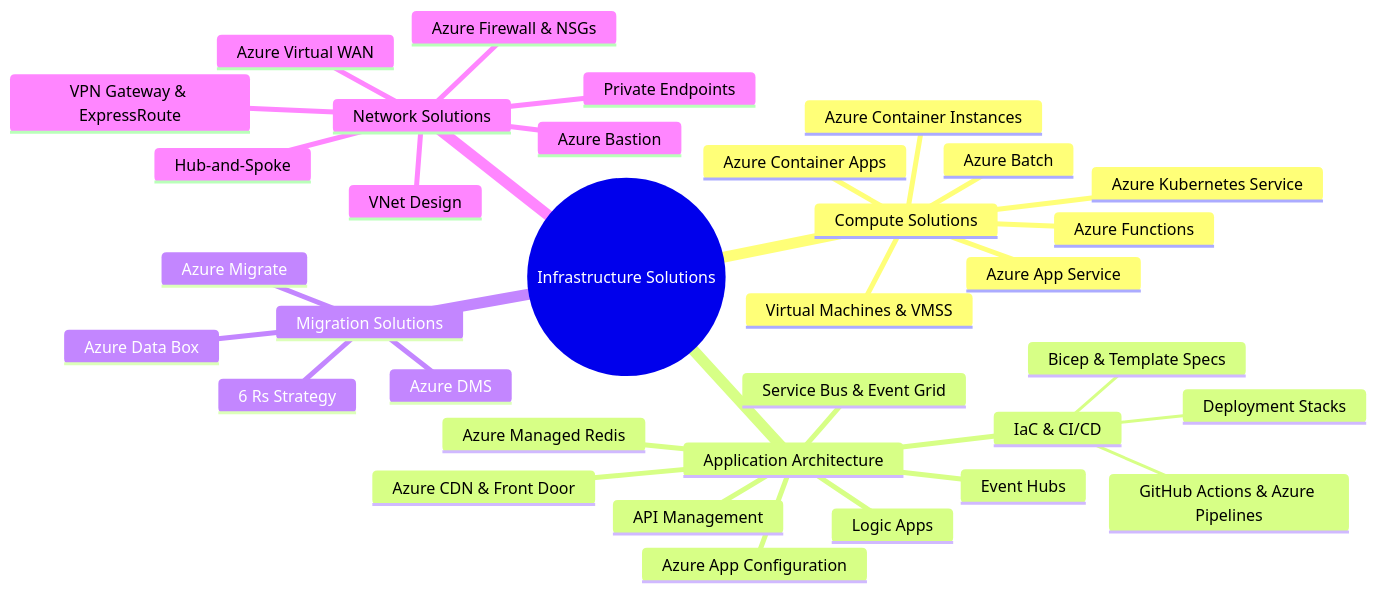
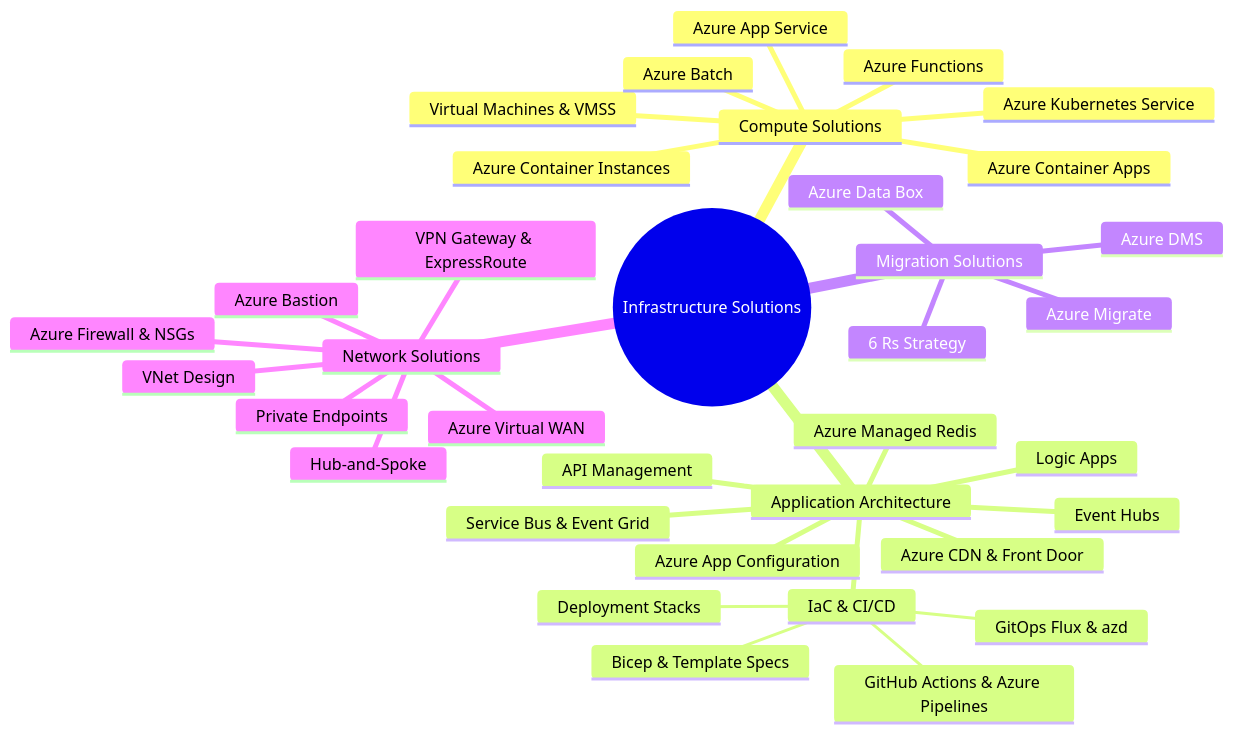
The first of 12 diagrams in 04-infrastructure-solutions.md (marcogrimaldi29/az-305-study-notes), drawn with Mermaid before and after one commit. The commit also changed other lines of this file and 2 other files, not shown here.

````diff
--- a/04-infrastructure-solutions.md
+++ b/04-infrastructure-solutions.md
@@ -18,37 +18,38 @@
 ```mermaid
 mindmap
   root((Infrastructure Solutions))
     Compute Solutions
       Virtual Machines & VMSS
       Azure App Service
       Azure Kubernetes Service
       Azure Container Instances
       Azure Container Apps
       Azure Functions
       Azure Batch
     Application Architecture
       Service Bus & Event Grid
       Event Hubs
       API Management
       Azure Managed Redis
       Azure CDN & Front Door
       Logic Apps
       Azure App Configuration
       IaC & CI/CD
         Bicep & Template Specs
         Deployment Stacks
         GitHub Actions & Azure Pipelines
+        GitOps Flux & azd
     Migration Solutions
       Azure Migrate
       6 Rs Strategy
       Azure DMS
       Azure Data Box
     Network Solutions
       VNet Design
       VPN Gateway & ExpressRoute
       Azure Firewall & NSGs
       Azure Bastion
       Private Endpoints
       Hub-and-Spoke
       Azure Virtual WAN
 ```
````
